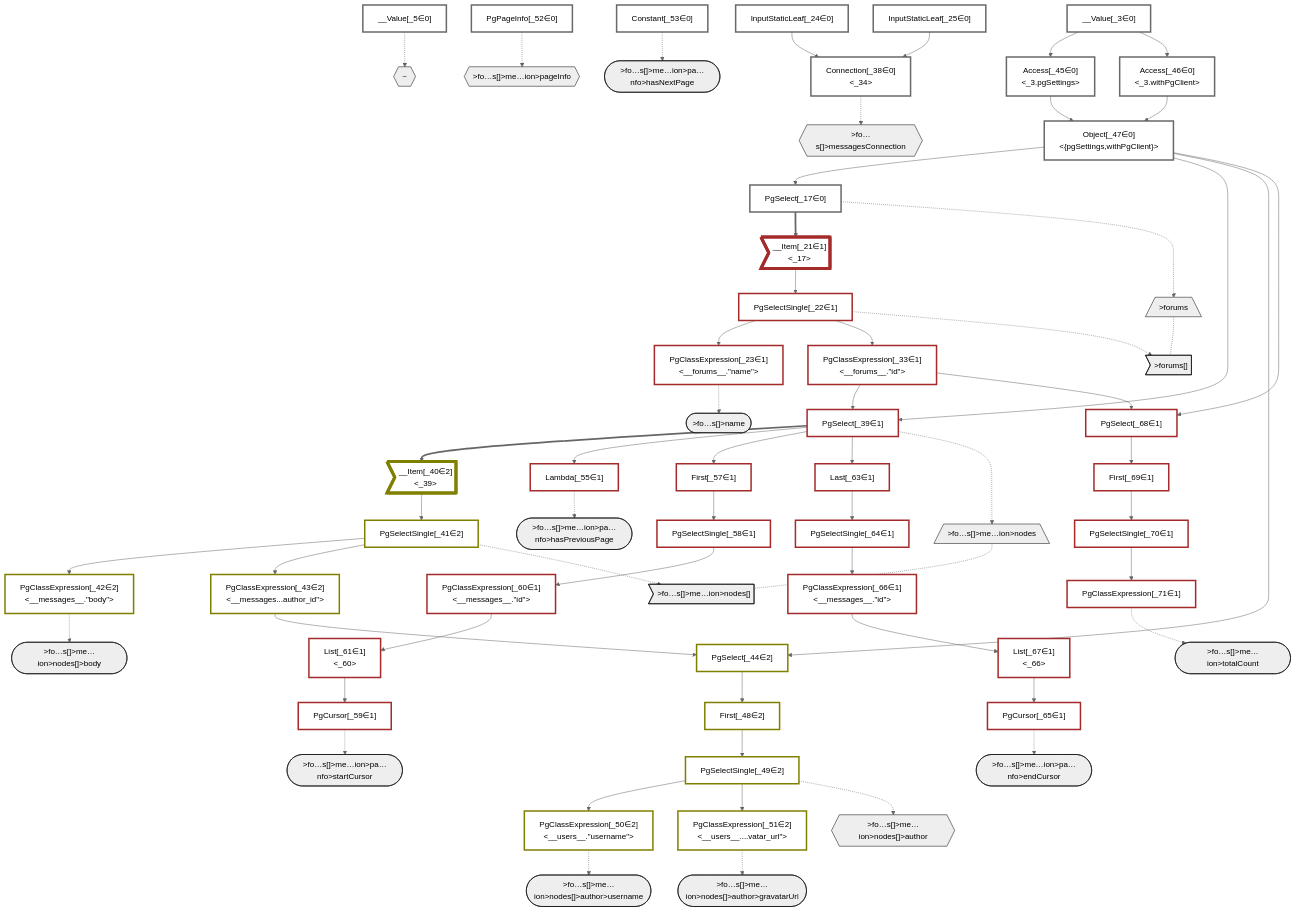
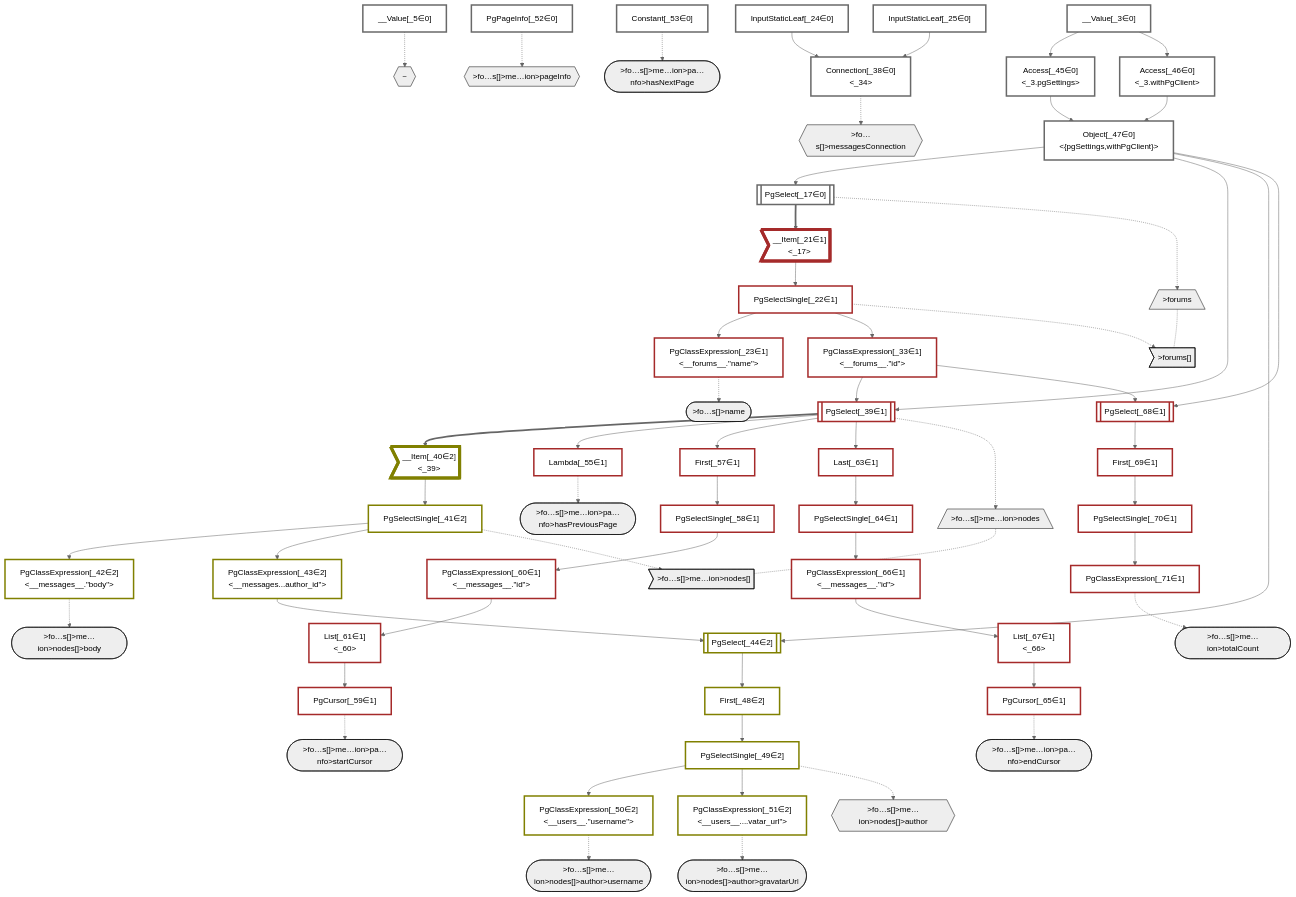
Before and after one commit to graphile/crystal: the diagram in packages/dataplan-pg/__tests__/queries/connections/pagination-when-inlined-backwards-nodes-only.deopt.mermaid.md, drawn with Mermaid (neutral theme). The commit also changed 195 other files, not shown here.

```diff
--- a/packages/dataplan-pg/__tests__/queries/connections/pagination-when-inlined-backwards-nodes-only.deopt.mermaid.md
+++ b/packages/dataplan-pg/__tests__/queries/connections/pagination-when-inlined-backwards-nodes-only.deopt.mermaid.md
@@ -44,7 +44,7 @@
     %% define plans
     __Value_3["__Value[_3∈0]<br /><context>"]:::plan
     __Value_5["__Value[_5∈0]<br /><rootValue>"]:::plan
-    PgSelect_17["PgSelect[_17∈0]<br /><forums>"]:::plan
+    PgSelect_17[["PgSelect[_17∈0]<br /><forums>"]]:::plan
     __Item_21>"__Item[_21∈1]<br /><_17>"]:::itemplan
     PgSelectSingle_22["PgSelectSingle[_22∈1]<br /><forums>"]:::plan
     PgClassExpression_23["PgClassExpression[_23∈1]<br /><__forums__.#quot;name#quot;>"]:::plan
@@ -52,12 +52,12 @@
     InputStaticLeaf_25["InputStaticLeaf[_25∈0]"]:::plan
     PgClassExpression_33["PgClassExpression[_33∈1]<br /><__forums__.#quot;id#quot;>"]:::plan
     Connection_38["Connection[_38∈0]<br /><_34>"]:::plan
-    PgSelect_39["PgSelect[_39∈1]<br /><messages>"]:::plan
+    PgSelect_39[["PgSelect[_39∈1]<br /><messages>"]]:::plan
     __Item_40>"__Item[_40∈2]<br /><_39>"]:::itemplan
     PgSelectSingle_41["PgSelectSingle[_41∈2]<br /><messages>"]:::plan
     PgClassExpression_42["PgClassExpression[_42∈2]<br /><__messages__.#quot;body#quot;>"]:::plan
     PgClassExpression_43["PgClassExpression[_43∈2]<br /><__messages...author_id#quot;>"]:::plan
-    PgSelect_44["PgSelect[_44∈2]<br /><users>"]:::plan
+    PgSelect_44[["PgSelect[_44∈2]<br /><users>"]]:::plan
     Access_45["Access[_45∈0]<br /><_3.pgSettings>"]:::plan
     Access_46["Access[_46∈0]<br /><_3.withPgClient>"]:::plan
     Object_47["Object[_47∈0]<br /><{pgSettings,withPgClient}>"]:::plan
@@ -78,7 +78,7 @@
     PgCursor_65["PgCursor[_65∈1]"]:::plan
     PgClassExpression_66["PgClassExpression[_66∈1]<br /><__messages__.#quot;id#quot;>"]:::plan
     List_67["List[_67∈1]<br /><_66>"]:::plan
-    PgSelect_68["PgSelect[_68∈1]<br /><messages>"]:::plan
+    PgSelect_68[["PgSelect[_68∈1]<br /><messages>"]]:::plan
     First_69["First[_69∈1]"]:::plan
     PgSelectSingle_70["PgSelectSingle[_70∈1]<br /><messages>"]:::plan
     PgClassExpression_71["PgClassExpression[_71∈1]<br /><count(*)>"]:::plan
```
